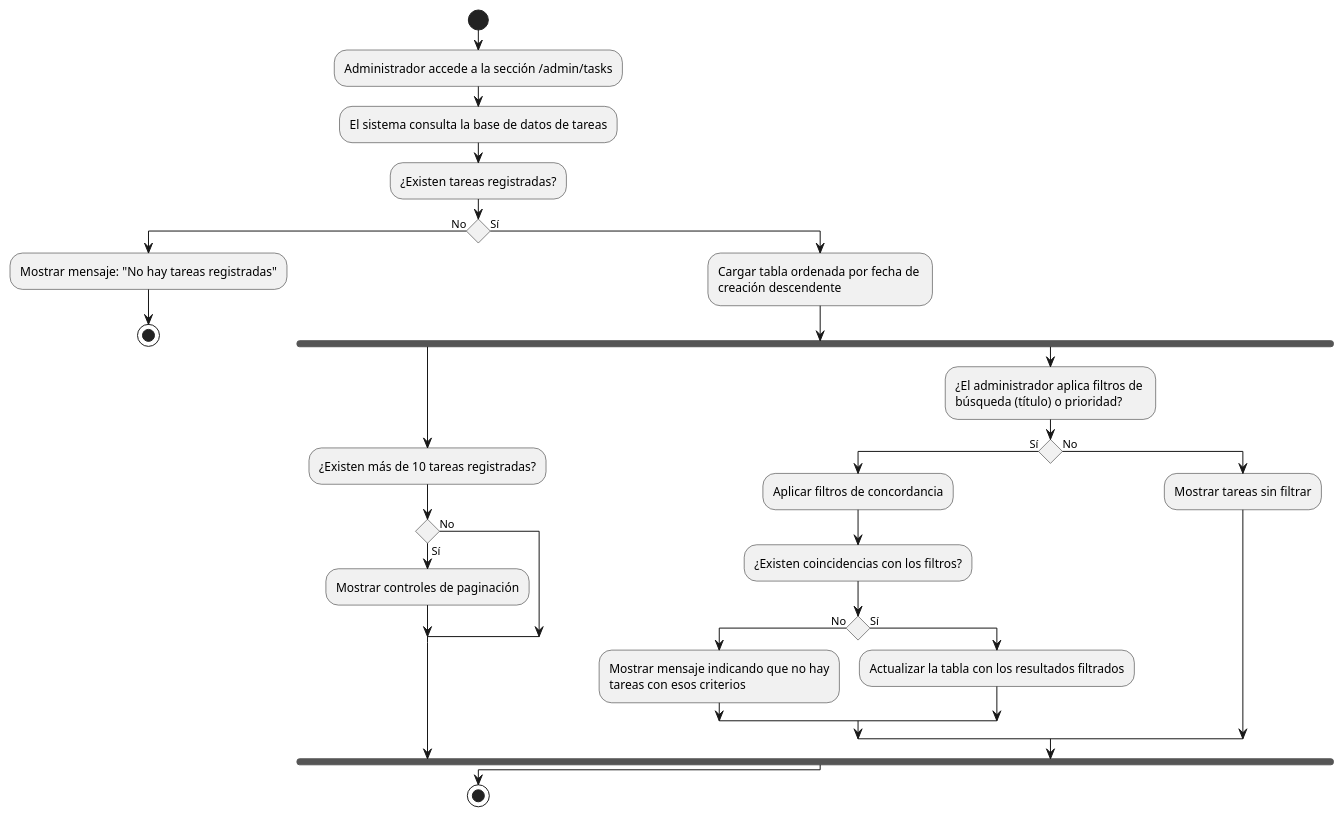
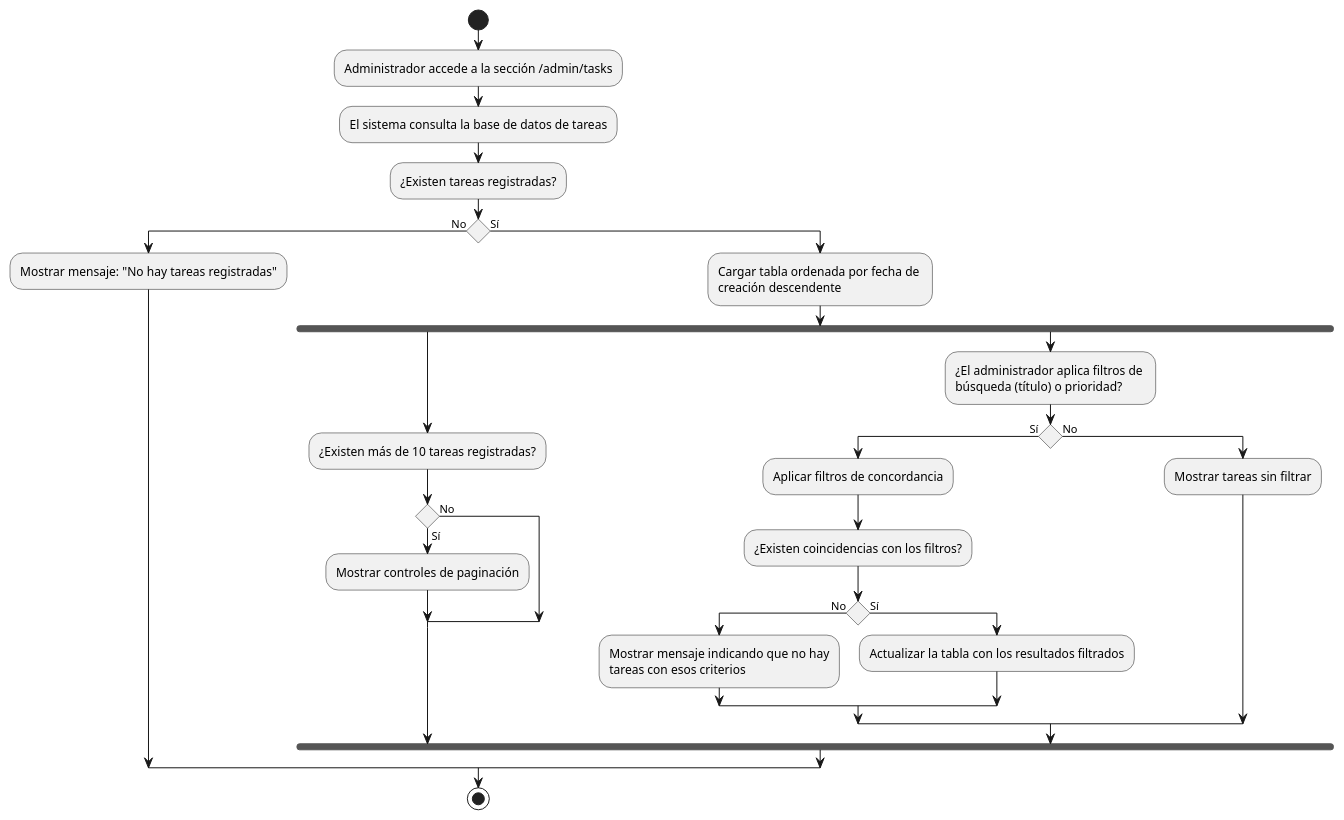
Before and after one commit to MasterErrorCLONE04/SIGERD.1.0: the diagram in document/diagrama_actividades/ADM/ADM-13.md, drawn with PlantUML. The commit also changed 28 other files, not shown here.

````diff
--- a/document/diagrama_actividades/ADM/ADM-13.md
+++ b/document/diagrama_actividades/ADM/ADM-13.md
@@ -20,43 +20,42 @@
 ```plantuml
 @startuml
 skinparam ConditionEndStyle hline
 
 start
 
 :Administrador accede a la sección /admin/tasks;
 
 :El sistema consulta la base de datos de tareas;
 
 :¿Existen tareas registradas?;
 if () then (No)
   :Mostrar mensaje: "No hay tareas registradas";
-  stop
 else (Sí)
   :Cargar tabla ordenada por fecha de \ncreación descendente;
   
   fork
     :¿Existen más de 10 tareas registradas?;
     if () then (Sí)
       :Mostrar controles de paginación;
     else (No)
     endif
   fork again
     :¿El administrador aplica filtros de \nbúsqueda (título) o prioridad?;
     if () then (Sí)
       :Aplicar filtros de concordancia;
       
       :¿Existen coincidencias con los filtros?;
       if () then (No)
         :Mostrar mensaje indicando que no hay\ntareas con esos criterios;
       else (Sí)
         :Actualizar la tabla con los resultados filtrados;
       endif
     else (No)
       :Mostrar tareas sin filtrar;
     endif
   end fork
 endif
 
 stop
 @enduml
 ```
````
